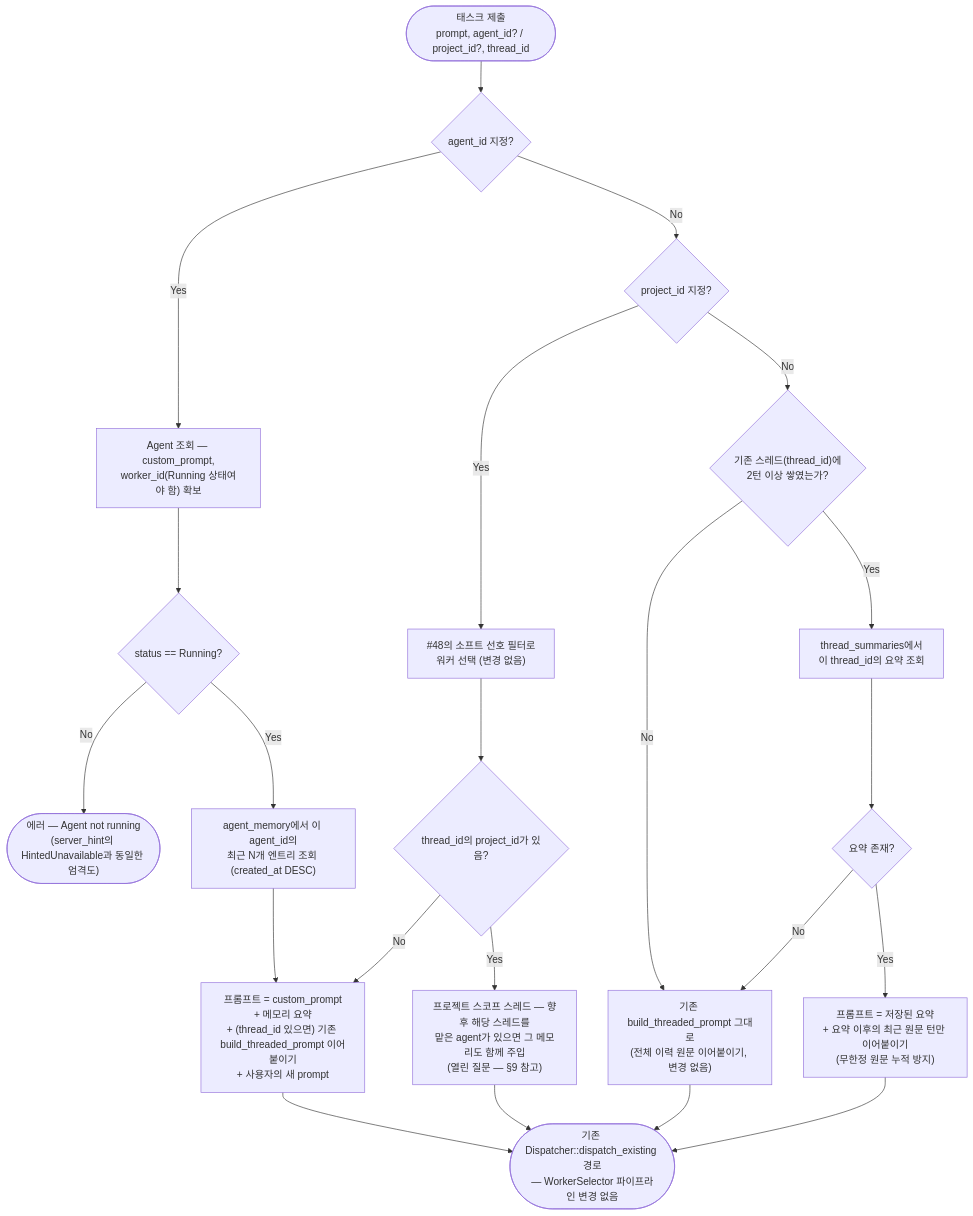
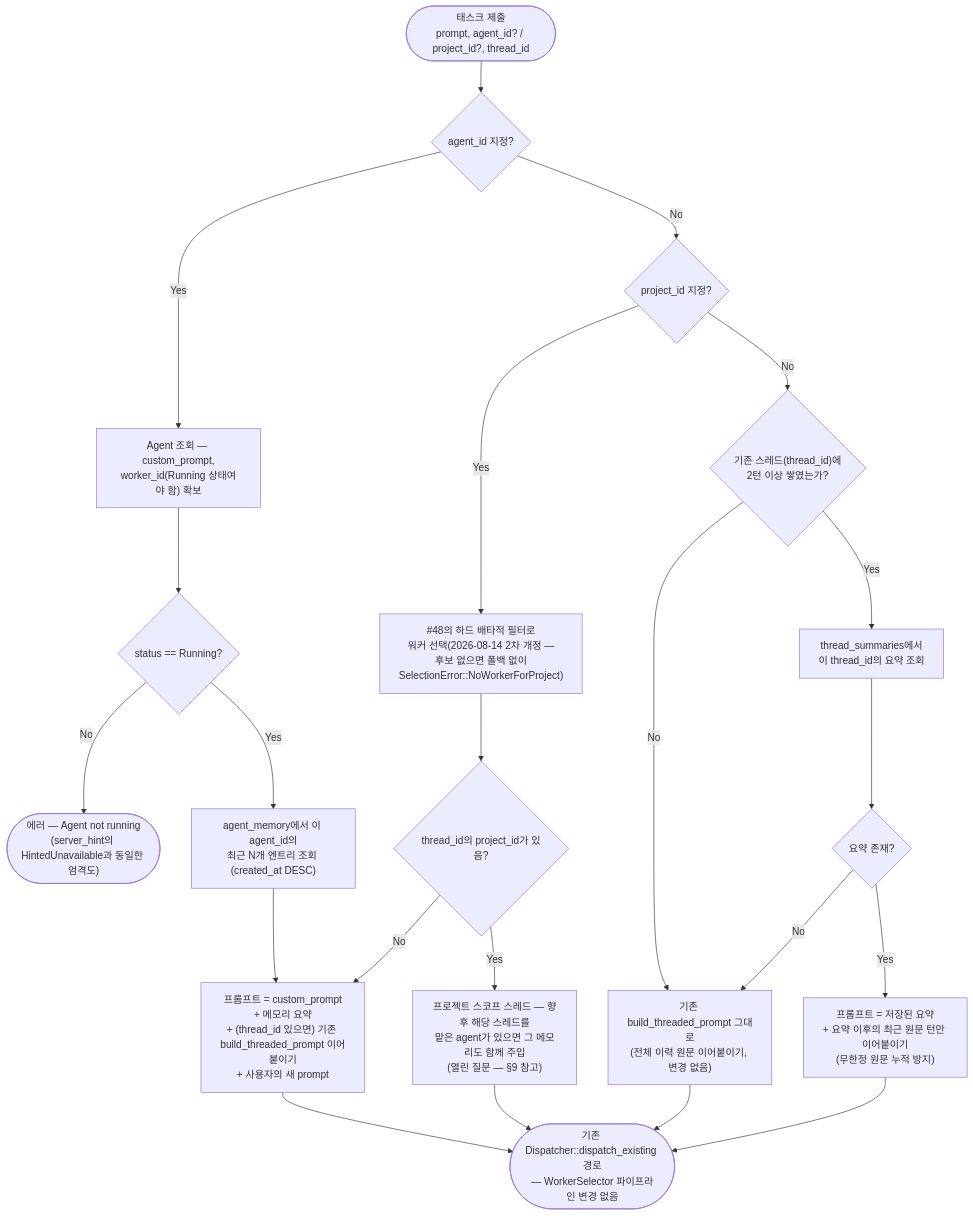
One commit to yarang/grok-fleet-orchestrator changed the diagram in docs/assets/diagrams/architecture/agent-memory-injection-flow.mermaid. Above: the diagram before and after it, drawn with Mermaid. The commit also changed 17 other files, not shown here.

First line of the commit message:
docs: index #48~#52 architectures, resolve broken links and lint discrepancies

```diff
--- a/docs/assets/diagrams/architecture/agent-memory-injection-flow.mermaid
+++ b/docs/assets/diagrams/architecture/agent-memory-injection-flow.mermaid
@@ -1,27 +1,27 @@
 flowchart TD
     Submit([태스크 제출<br/>prompt, agent_id? / project_id?, thread_id]) --> ResolveAgent{agent_id 지정?}
 
     ResolveAgent -- "Yes" --> LoadAgent["Agent 조회 — custom_prompt,<br/>worker_id(Running 상태여야 함) 확보"]
     LoadAgent --> AgentRunning{status == Running?}
     AgentRunning -- No --> RejectAgent(["에러 — Agent not running<br/>(server_hint의 HintedUnavailable과 동일한 엄격도)"])
     AgentRunning -- Yes --> LoadMemory["agent_memory에서 이 agent_id의<br/>최근 N개 엔트리 조회 (created_at DESC)"]
     LoadMemory --> ComposeWithMemory["프롬프트 = custom_prompt<br/>+ 메모리 요약<br/>+ (thread_id 있으면) 기존 build_threaded_prompt 이어붙이기<br/>+ 사용자의 새 prompt"]
     ComposeWithMemory --> Dispatch
 
     ResolveAgent -- "No" --> HasProject{project_id 지정?}
-    HasProject -- Yes --> ExistingSoftSelect["#48의 소프트 선호 필터로<br/>워커 선택 (변경 없음)"]
-    ExistingSoftSelect --> HasThread1{thread_id의 project_id가 있음?}
+    HasProject -- Yes --> ExistingHardSelect["#48의 하드 배타적 필터로<br/>워커 선택(2026-08-14 2차 개정 —<br/>후보 없으면 폴백 없이<br/>SelectionError::NoWorkerForProject)"]
+    ExistingHardSelect --> HasThread1{thread_id의 project_id가 있음?}
     HasThread1 -- Yes --> ComposeProjectThread["프로젝트 스코프 스레드 — 향후 해당 스레드를<br/>맡은 agent가 있으면 그 메모리도 함께 주입<br/>(열린 질문 — §9 참고)"]
     HasThread1 -- No --> ComposeWithMemory
     ComposeProjectThread --> Dispatch
 
     HasProject -- No --> HasThread2{"기존 스레드(thread_id)에<br/>2턴 이상 쌓였는가?"}
     HasThread2 -- No --> ComposeRaw["기존 build_threaded_prompt 그대로<br/>(전체 이력 원문 이어붙이기, 변경 없음)"]
     HasThread2 -- Yes --> LoadThreadSummary["thread_summaries에서<br/>이 thread_id의 요약 조회"]
     LoadThreadSummary --> SummaryExists{요약 존재?}
     SummaryExists -- Yes --> ComposeSummarized["프롬프트 = 저장된 요약<br/>+ 요약 이후의 최근 원문 턴만 이어붙이기<br/>(무한정 원문 누적 방지)"]
     SummaryExists -- No --> ComposeRaw
     ComposeRaw --> Dispatch
     ComposeSummarized --> Dispatch
 
     Dispatch([기존 Dispatcher::dispatch_existing 경로<br/>— WorkerSelector 파이프라인 변경 없음])
```
